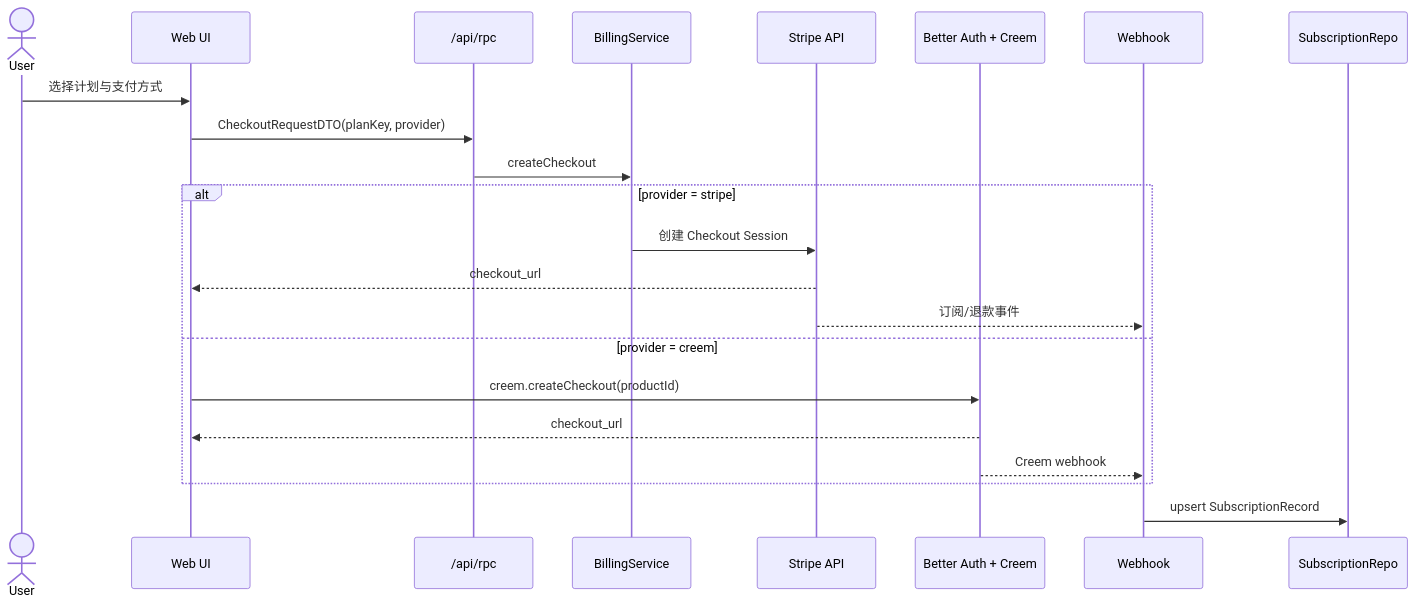
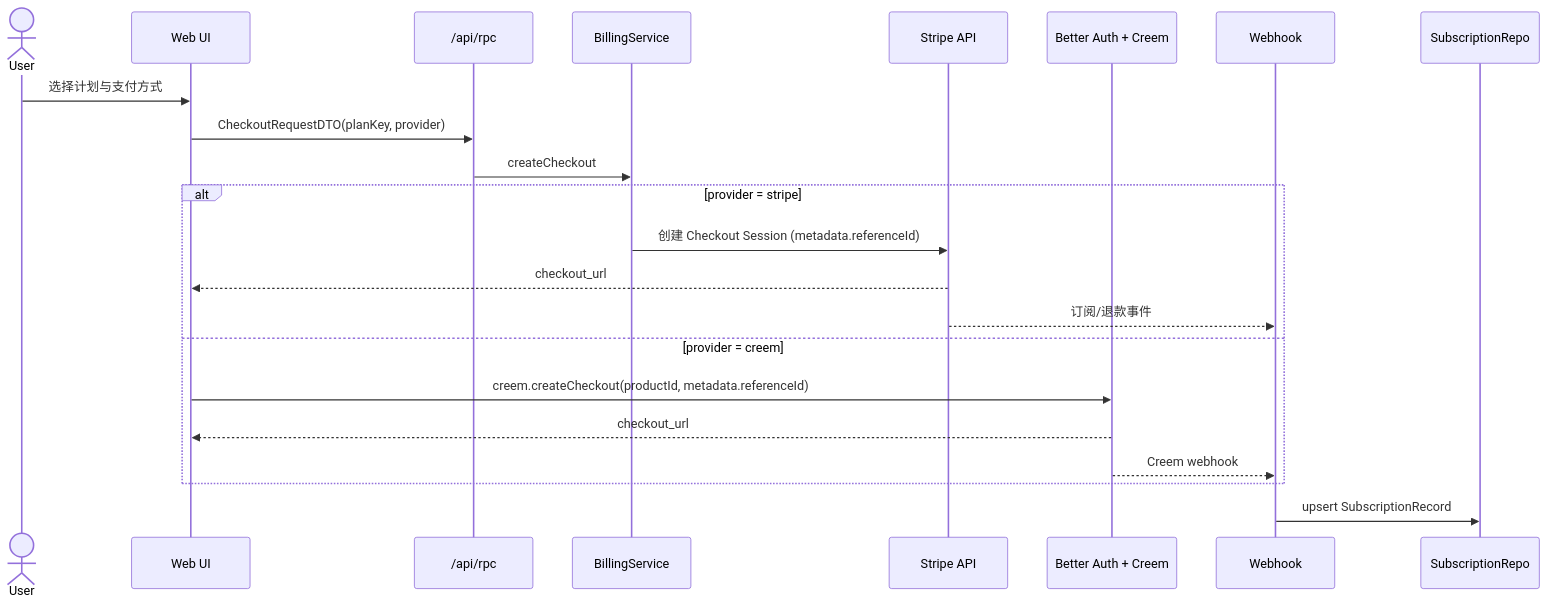
The second of 3 diagrams in openspec/changes/add-billing-subscriptions/design.md (hifizz/fullstack-starter), drawn with Mermaid before and after one commit. The commit also changed other lines of this file and 6 other files, not shown here.

Commit message:
feat: 调整订阅用户在 creem 中的 referenceId为userId

````diff
--- a/openspec/changes/add-billing-subscriptions/design.md
+++ b/openspec/changes/add-billing-subscriptions/design.md
@@ -162,25 +173,25 @@
 ```mermaid
 sequenceDiagram
   actor User
   participant UI as Web UI
   participant RPC as /api/rpc
   participant Billing as BillingService
   participant Stripe as Stripe API
   participant Auth as Better Auth + Creem
   participant Webhook as Webhook
   participant Repo as SubscriptionRepo
 
   User->>UI: 选择计划与支付方式
   UI->>RPC: CheckoutRequestDTO(planKey, provider)
   RPC->>Billing: createCheckout
   alt provider = stripe
-    Billing->>Stripe: 创建 Checkout Session
+    Billing->>Stripe: 创建 Checkout Session (metadata.referenceId)
     Stripe-->>UI: checkout_url
     Stripe-->>Webhook: 订阅/退款事件
   else provider = creem
-    UI->>Auth: creem.createCheckout(productId)
+    UI->>Auth: creem.createCheckout(productId, metadata.referenceId)
     Auth-->>UI: checkout_url
     Auth-->>Webhook: Creem webhook
   end
   Webhook->>Repo: upsert SubscriptionRecord
 ```
````
